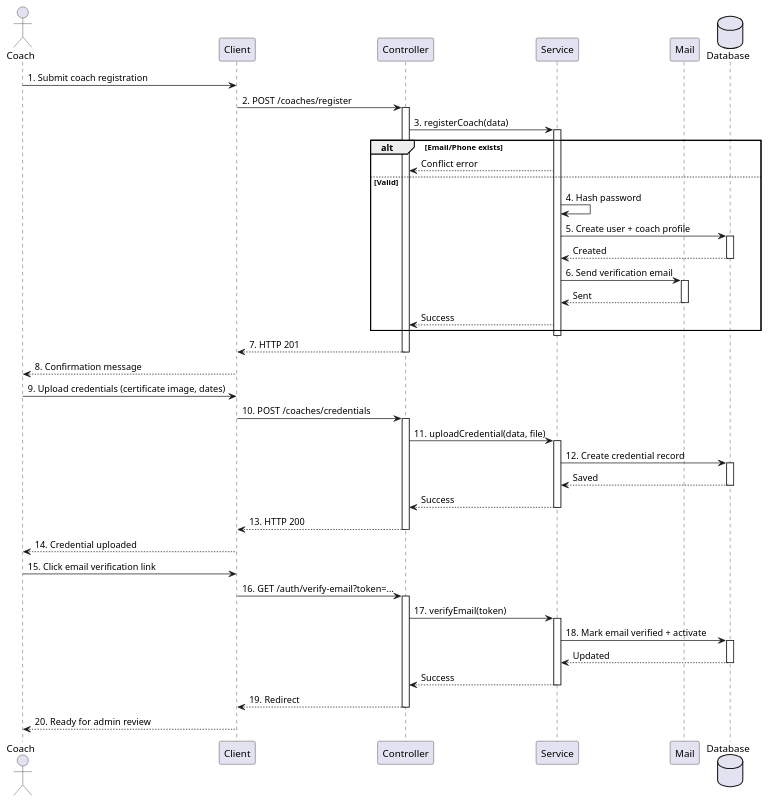
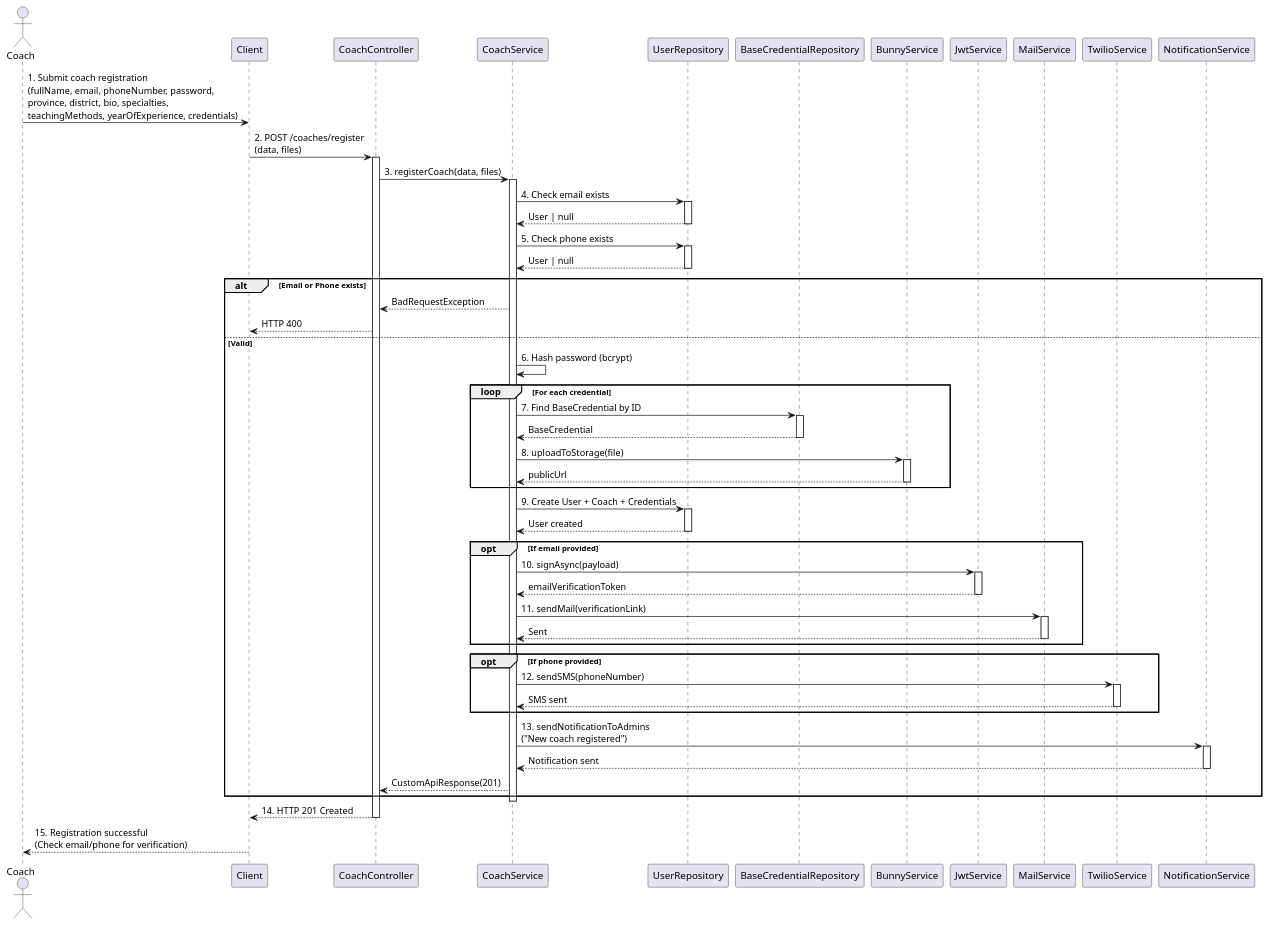
Before and after one commit to gs4lthung/capstone-project-be: the diagram in diagrams/details/register-coach/sequence.puml, drawn with PlantUML. The commit also changed 107 other files, not shown here.

First line of the commit message:
Add sequence diagrams for course, lesson, subject, and achievement management

```diff
--- a/diagrams/details/register-coach/sequence.puml
+++ b/diagrams/details/register-coach/sequence.puml
@@ -1,81 +1,89 @@
 @startuml RegisterCoachSequenceDiagram
 
 actor "Coach" as coach
 participant "Client" as client
-participant "Controller" as controller
-participant "Service" as service
-participant "Mail" as mail
-database "Database" as db
+participant "CoachController" as controller
+participant "CoachService" as service
+participant "UserRepository" as userRepo
+participant "BaseCredentialRepository" as credRepo
+participant "BunnyService" as bunny
+participant "JwtService" as jwt
+participant "MailService" as mail
+participant "TwilioService" as twilio
+participant "NotificationService" as notification
 
-coach -> client: 1. Submit coach registration
-client -> controller: 2. POST /coaches/register
+coach -> client: 1. Submit coach registration\n(fullName, email, phoneNumber, password,\nprovince, district, bio, specialties,\nteachingMethods, yearOfExperience, credentials)
+client -> controller: 2. POST /coaches/register\n(data, files)
 activate controller
 
-controller -> service: 3. registerCoach(data)
+controller -> service: 3. registerCoach(data, files)
 activate service
 
-alt Email/Phone exists
-    service --> controller: Conflict error
+service -> userRepo: 4. Check email exists
+activate userRepo
+userRepo --> service: User | null
+deactivate userRepo
+
+service -> userRepo: 5. Check phone exists
+activate userRepo
+userRepo --> service: User | null
+deactivate userRepo
+
+alt Email or Phone exists
+    service --> controller: BadRequestException
+    controller --> client: HTTP 400
 else Valid
-    service -> service: 4. Hash password
-    service -> db: 5. Create user + coach profile
-    activate db
-    db --> service: Created
-    deactivate db
-
-    service -> mail: 6. Send verification email
-    activate mail
-    mail --> service: Sent
-    deactivate mail
-
-    service --> controller: Success
+    service -> service: 6. Hash password (bcrypt)
+    
+    loop For each credential
+        service -> credRepo: 7. Find BaseCredential by ID
+        activate credRepo
+        credRepo --> service: BaseCredential
+        deactivate credRepo
+        
+        service -> bunny: 8. uploadToStorage(file)
+        activate bunny
+        bunny --> service: publicUrl
+        deactivate bunny
+    end
+    
+    service -> userRepo: 9. Create User + Coach + Credentials
+    activate userRepo
+    userRepo --> service: User created
+    deactivate userRepo
+    
+    opt If email provided
+        service -> jwt: 10. signAsync(payload)
+        activate jwt
+        jwt --> service: emailVerificationToken
+        deactivate jwt
+        
+        service -> mail: 11. sendMail(verificationLink)
+        activate mail
+        mail --> service: Sent
+        deactivate mail
+    end
+    
+    opt If phone provided
+        service -> twilio: 12. sendSMS(phoneNumber)
+        activate twilio
+        twilio --> service: SMS sent
+        deactivate twilio
+    end
+    
+    service -> notification: 13. sendNotificationToAdmins\n("New coach registered")
+    activate notification
+    notification --> service: Notification sent
+    deactivate notification
+    
+    service --> controller: CustomApiResponse(201)
 end
 
 deactivate service
 
-controller --> client: 7. HTTP 201
+controller --> client: 14. HTTP 201 Created
 deactivate controller
 
-client --> coach: 8. Confirmation message
-
-coach -> client: 9. Upload credentials (certificate image, dates)
-client -> controller: 10. POST /coaches/credentials
-activate controller
-
-controller -> service: 11. uploadCredential(data, file)
-activate service
-
-service -> db: 12. Create credential record
-activate db
-db --> service: Saved
-deactivate db
-
-service --> controller: Success
-deactivate service
-
-controller --> client: 13. HTTP 200
-deactivate controller
-
-client --> coach: 14. Credential uploaded
-
-coach -> client: 15. Click email verification link
-client -> controller: 16. GET /auth/verify-email?token=...
-activate controller
-
-controller -> service: 17. verifyEmail(token)
-activate service
-
-service -> db: 18. Mark email verified + activate
-activate db
-db --> service: Updated
-deactivate db
-
-service --> controller: Success
-deactivate service
-
-controller --> client: 19. Redirect
-deactivate controller
-
-client --> coach: 20. Ready for admin review
+client --> coach: 15. Registration successful\n(Check email/phone for verification)
 
 @enduml
```
